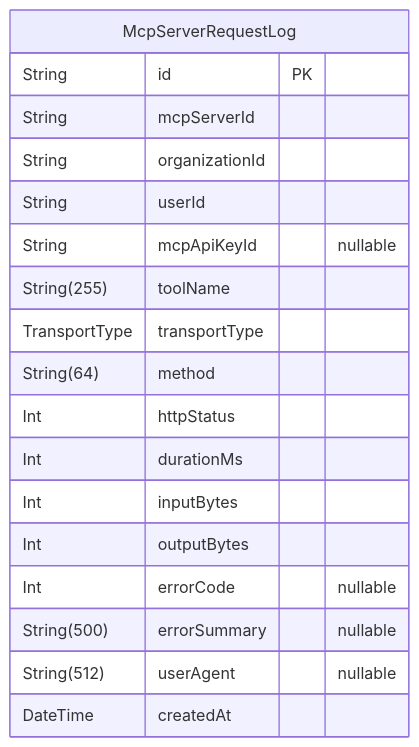
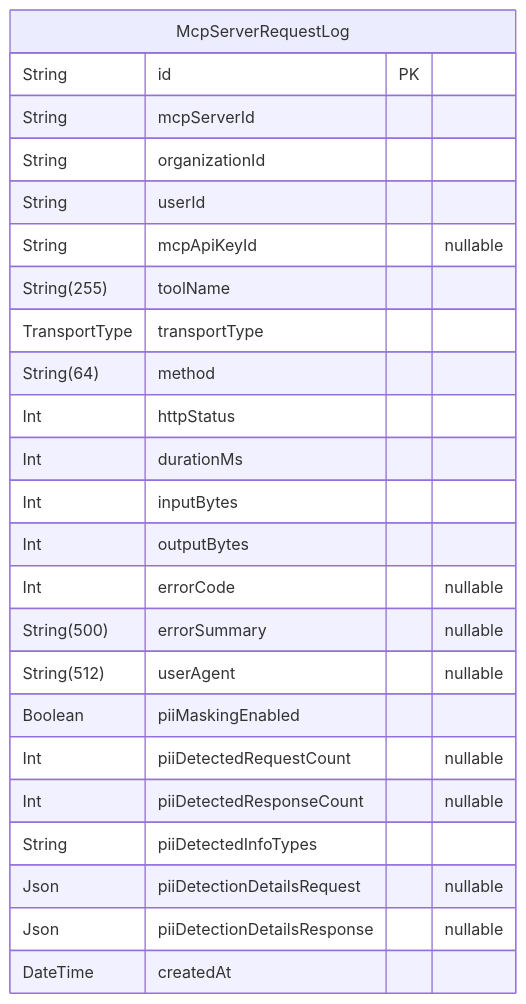
Before and after one commit to rayven122/tumiki: the sixth of 9 diagrams in packages/db/prisma/README.md, drawn with Mermaid. The commit also changed other lines of this file and 3 other files, not shown here.

First line of the commit message:
refactor(mcp-proxy): piiDetectionDetailsをリクエスト/レスポンス別フィールドに分割

````diff
--- a/packages/db/prisma/README.md
+++ b/packages/db/prisma/README.md
@@ -448,21 +448,27 @@
 ```mermaid
 erDiagram
 "McpServerRequestLog" {
   String id PK
   String mcpServerId
   String organizationId
   String userId
   String mcpApiKeyId "nullable"
   String(255) toolName
   TransportType transportType
   String(64) method
   Int httpStatus
   Int durationMs
   Int inputBytes
   Int outputBytes
   Int errorCode "nullable"
   String(500) errorSummary "nullable"
   String(512) userAgent "nullable"
+  Boolean piiMaskingEnabled
+  Int piiDetectedRequestCount "nullable"
+  Int piiDetectedResponseCount "nullable"
+  String piiDetectedInfoTypes
+  Json piiDetectionDetailsRequest "nullable"
+  Json piiDetectionDetailsResponse "nullable"
   DateTime createdAt
 }
 ```
````
